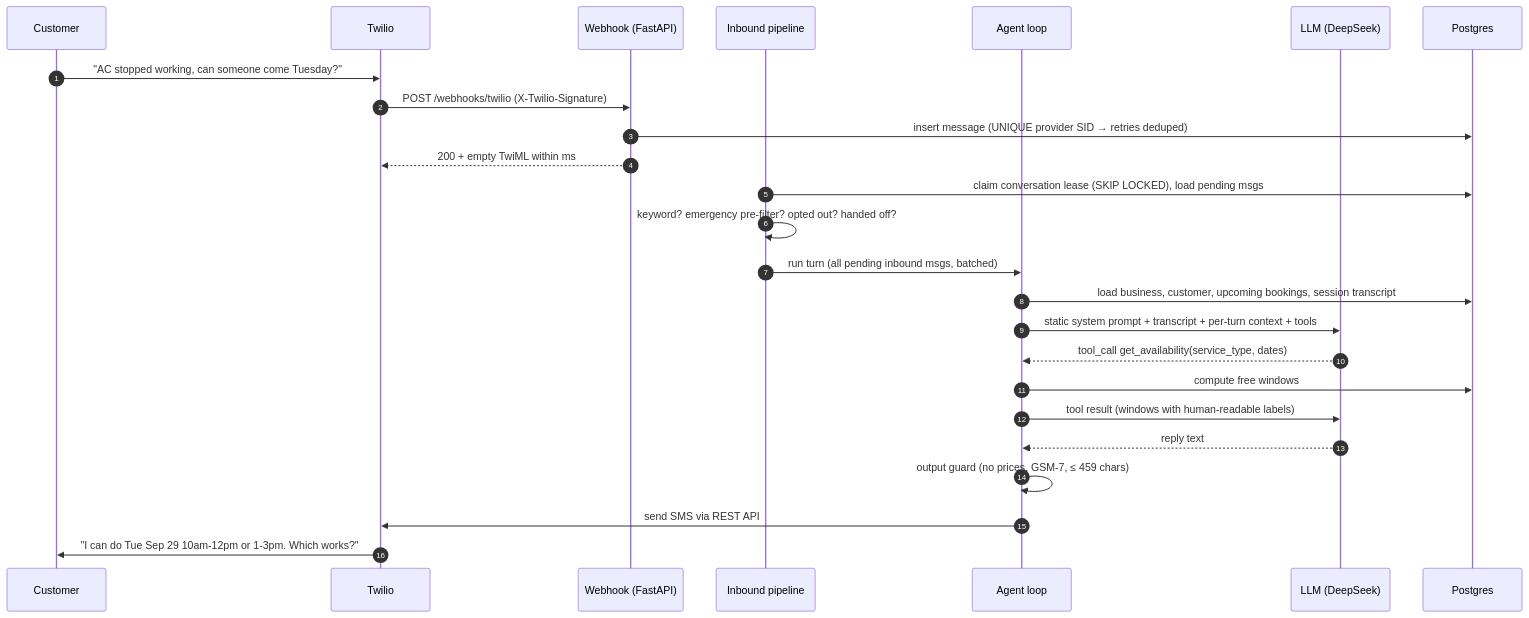
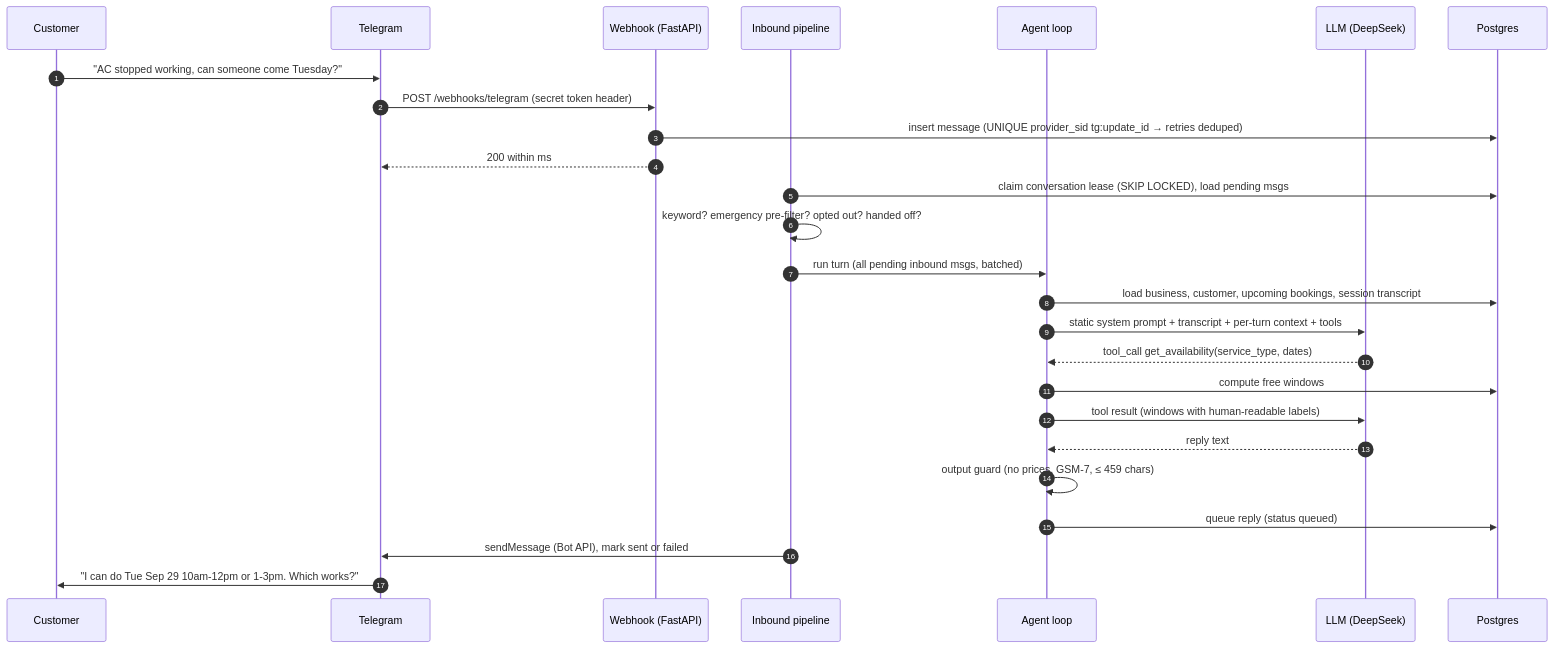
One commit to anuj13579/sms-booking-agent changed the second of 3 diagrams in docs/DESIGN.md. Above: the diagram before and after it, drawn with Mermaid. The commit also changed other lines of this file and 4 other files, not shown here.

First line of the commit message:
docs: replace Twilio with a public demo and Telegram bot (D-033 to D-037)

````diff
--- a/docs/DESIGN.md
+++ b/docs/DESIGN.md
@@ -68,27 +73,28 @@
 ```mermaid
 sequenceDiagram
   autonumber
   participant C as Customer
-  participant T as Twilio
+  participant T as Telegram
   participant W as Webhook (FastAPI)
   participant P as Inbound pipeline
   participant A as Agent loop
   participant L as LLM (DeepSeek)
   participant D as Postgres
   C->>T: "AC stopped working, can someone come Tuesday?"
-  T->>W: POST /webhooks/twilio (X-Twilio-Signature)
-  W->>D: insert message (UNIQUE provider SID → retries deduped)
-  W-->>T: 200 + empty TwiML within ms
+  T->>W: POST /webhooks/telegram (secret token header)
+  W->>D: insert message (UNIQUE provider_sid tg:update_id → retries deduped)
+  W-->>T: 200 within ms
   P->>D: claim conversation lease (SKIP LOCKED), load pending msgs
   P->>P: keyword? emergency pre-filter? opted out? handed off?
   P->>A: run turn (all pending inbound msgs, batched)
   A->>D: load business, customer, upcoming bookings, session transcript
   A->>L: static system prompt + transcript + per-turn context + tools
   L-->>A: tool_call get_availability(service_type, dates)
   A->>D: compute free windows
   A->>L: tool result (windows with human-readable labels)
   L-->>A: reply text
   A->>A: output guard (no prices, GSM-7, ≤ 459 chars)
-  A->>T: send SMS via REST API
+  A->>D: queue reply (status queued)
+  P->>T: sendMessage (Bot API), mark sent or failed
   T->>C: "I can do Tue Sep 29 10am-12pm or 1-3pm. Which works?"
 ```
````
